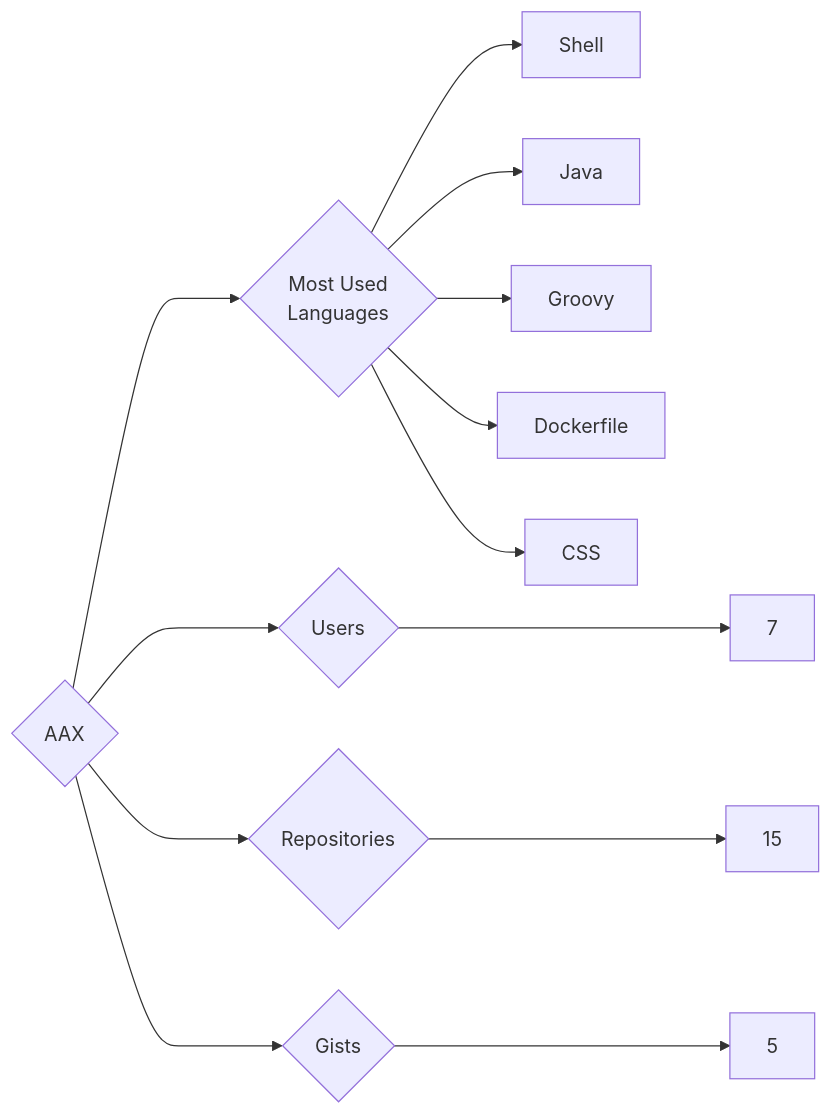
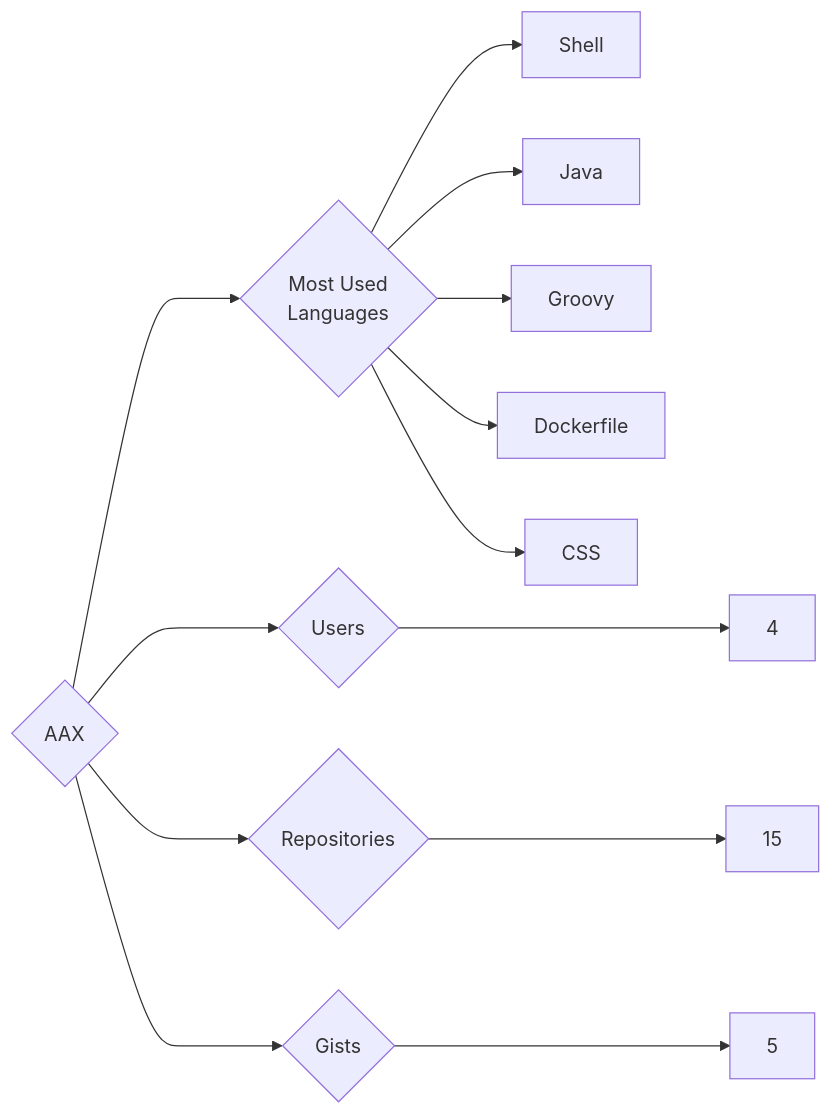
Before and after one commit to trickest/insiders: the diagram in targets/AAX/README.md, drawn with Mermaid. The commit also changed 1120 other files, not shown here.

````diff
--- a/targets/AAX/README.md
+++ b/targets/AAX/README.md
@@ -3,13 +3,13 @@
 ```mermaid
 graph LR
 COMPANY_NAME{AAX}
-COMPANY_NAME ---> U{Users} ---> UN[7]
+COMPANY_NAME ---> U{Users} ---> UN[4]
 COMPANY_NAME ---> R{Repositories} ---> RN[15]
 COMPANY_NAME ---> G{Gists} ---> GN[5]
 COMPANY_NAME ---> ML{Most Used<br>Languages}
 ML --> Shell[Shell]
 ML --> Java[Java]
 ML --> Groovy[Groovy]
 ML --> Dockerfile[Dockerfile]
 ML --> CSS[CSS]
 ```
````
